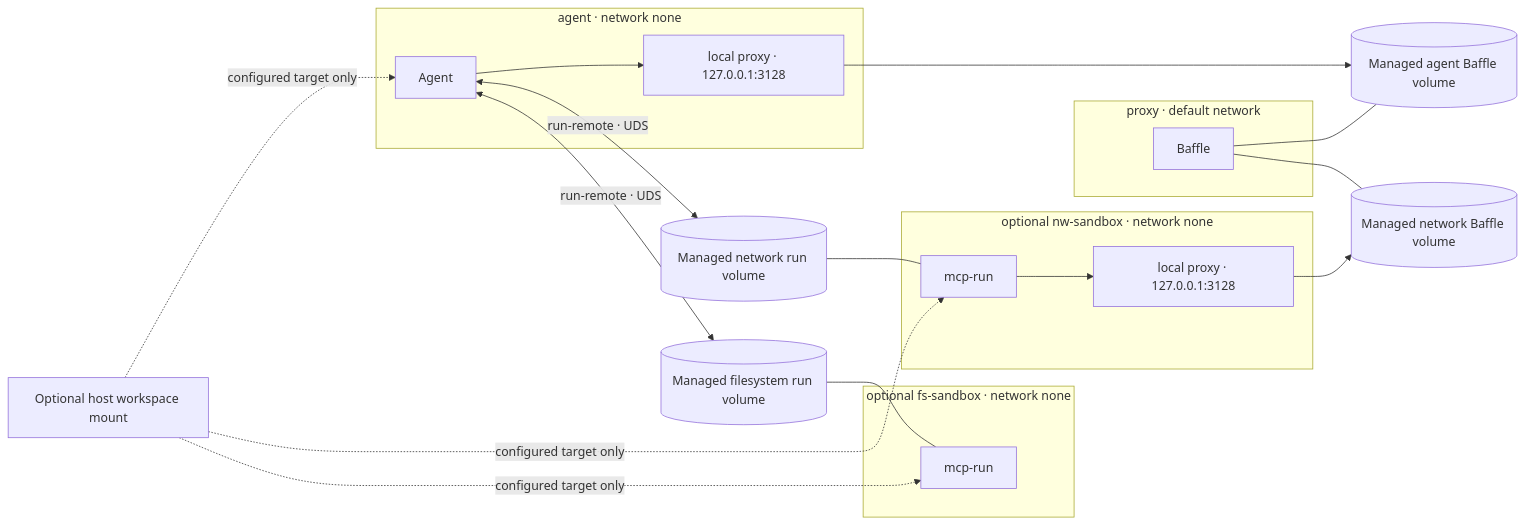
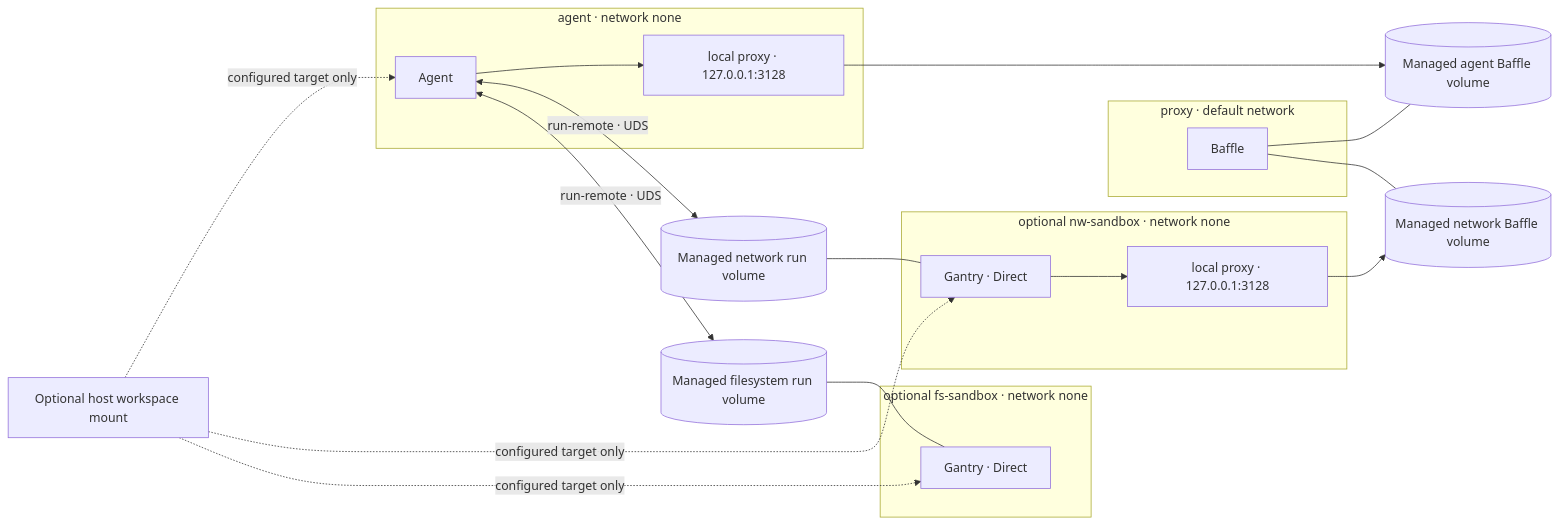
The diagram in README.md (dstoc/cladding), drawn with Mermaid before and after one commit. The commit also changed other lines of this file and 38 other files, not shown here.

````diff
--- a/README.md
+++ b/README.md
@@ -84,34 +84,34 @@
 ```mermaid
 flowchart LR
   subgraph Proxy["proxy · default network"]
     Baffle[Baffle]
   end
   subgraph Agent["agent · network none"]
     AgentProcess[Agent]
     AgentProxy["local proxy · 127.0.0.1:3128"]
   end
   subgraph Network["optional nw-sandbox · network none"]
-    NetworkMcp[mcp-run]
+    NetworkGantry[Gantry · Direct]
     NetworkProxy["local proxy · 127.0.0.1:3128"]
   end
   subgraph Filesystem["optional fs-sandbox · network none"]
-    FilesystemMcp[mcp-run]
+    FilesystemGantry[Gantry · Direct]
   end
   AgentSocket[(Managed agent Baffle volume)]
   NetworkSocket[(Managed network Baffle volume)]
   NetworkRun[(Managed network run volume)]
   FilesystemRun[(Managed filesystem run volume)]
   HostWorkspace["Optional host workspace mount"]
 
   Baffle --- AgentSocket
   Baffle --- NetworkSocket
   AgentProcess --> AgentProxy --> AgentSocket
-  NetworkMcp --> NetworkProxy --> NetworkSocket
+  NetworkGantry --> NetworkProxy --> NetworkSocket
   AgentProcess <-->|"run-remote · UDS"| NetworkRun
   AgentProcess <-->|"run-remote · UDS"| FilesystemRun
-  NetworkRun --- NetworkMcp
-  FilesystemRun --- FilesystemMcp
+  NetworkRun --- NetworkGantry
+  FilesystemRun --- FilesystemGantry
   HostWorkspace -. "configured target only" .-> AgentProcess
-  HostWorkspace -. "configured target only" .-> NetworkMcp
-  HostWorkspace -. "configured target only" .-> FilesystemMcp
+  HostWorkspace -. "configured target only" .-> NetworkGantry
+  HostWorkspace -. "configured target only" .-> FilesystemGantry
 ```
````
